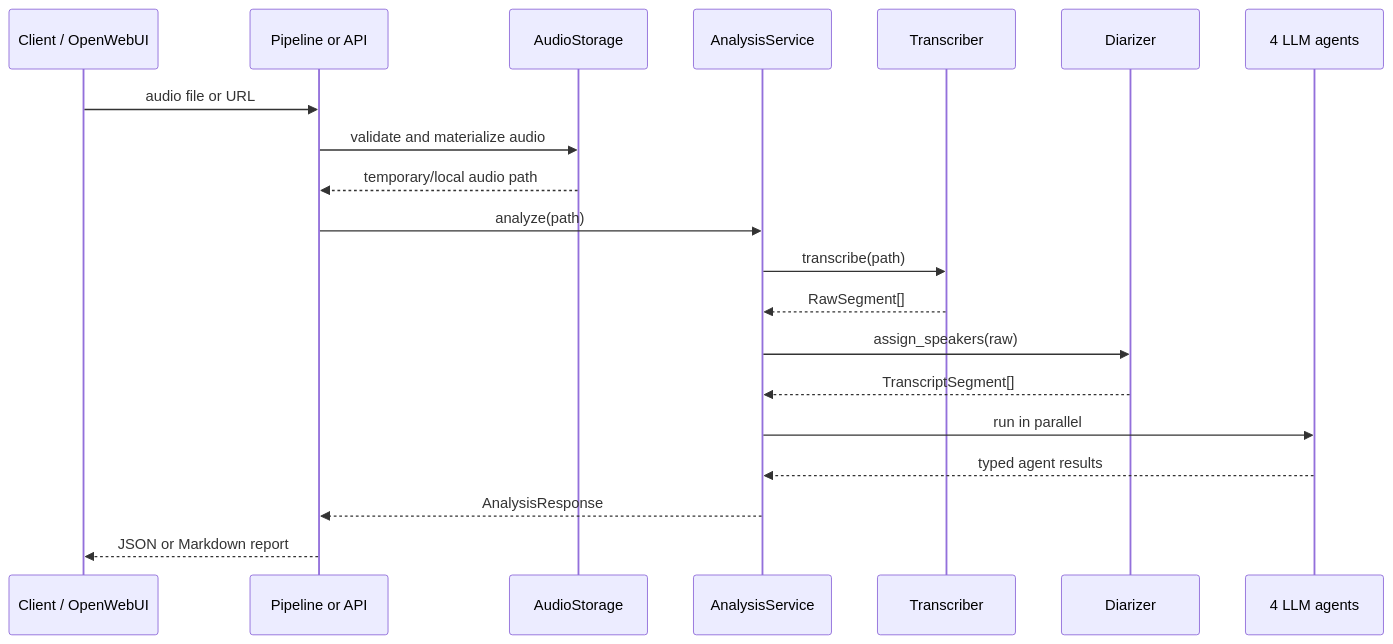
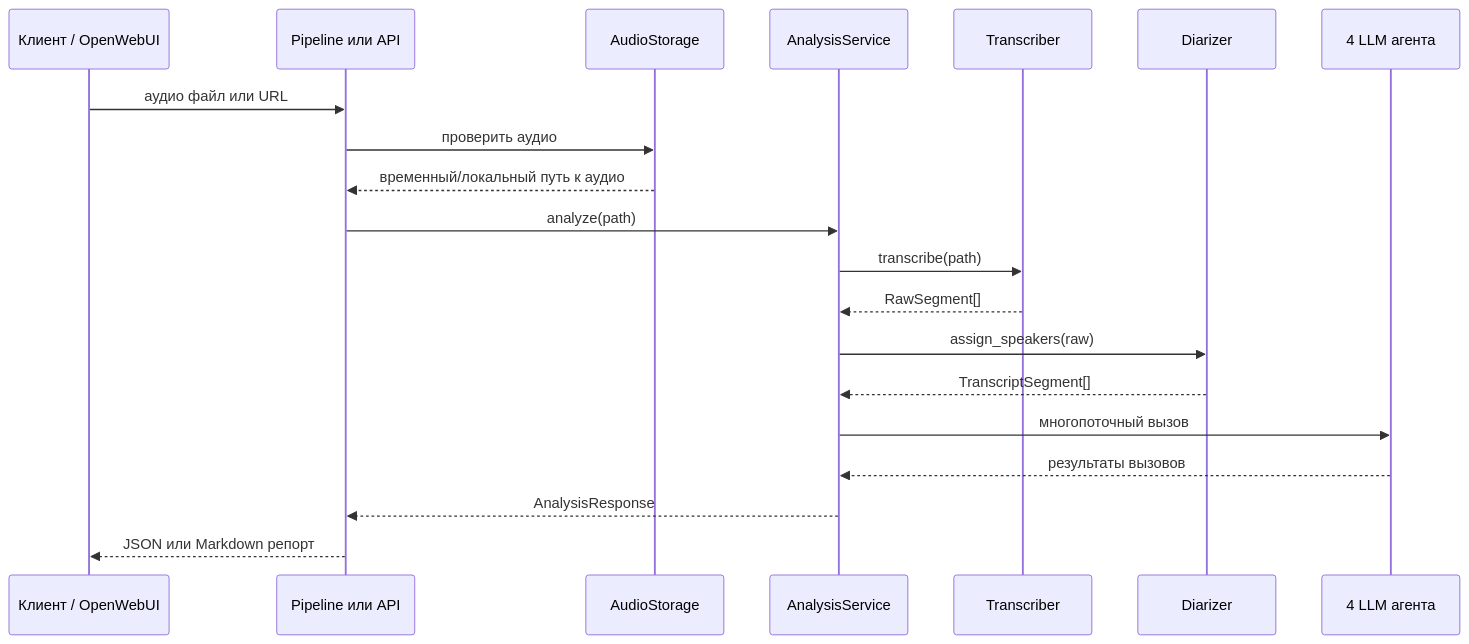
Before and after one commit to vbuyel/mtbank-ai-hiring: the second of 3 diagrams in README.md, drawn with Mermaid. The commit also changed other lines of this file, not shown here.

````diff
--- a/README.md
+++ b/README.md
@@ -85,23 +94,23 @@
 ```mermaid
 sequenceDiagram
-    participant Client as Client / OpenWebUI
-    participant Entry as Pipeline or API
+    participant Client as Клиент / OpenWebUI
+    participant Entry as Pipeline или API
     participant Storage as AudioStorage
     participant Service as AnalysisService
     participant Whisper as Transcriber
     participant Diarizer as Diarizer
-    participant Agents as 4 LLM agents
+    participant Agents as 4 LLM агента
 
-    Client->>Entry: audio file or URL
-    Entry->>Storage: validate and materialize audio
-    Storage-->>Entry: temporary/local audio path
+    Client->>Entry: аудио файл или URL
+    Entry->>Storage: проверить аудио
+    Storage-->>Entry: временный/локальный путь к аудио
     Entry->>Service: analyze(path)
     Service->>Whisper: transcribe(path)
     Whisper-->>Service: RawSegment[]
     Service->>Diarizer: assign_speakers(raw)
     Diarizer-->>Service: TranscriptSegment[]
-    Service->>Agents: run in parallel
-    Agents-->>Service: typed agent results
+    Service->>Agents: многопоточный вызов
+    Agents-->>Service: результаты вызовов
     Service-->>Entry: AnalysisResponse
-    Entry-->>Client: JSON or Markdown report
+    Entry-->>Client: JSON или Markdown репорт
 ```
````
